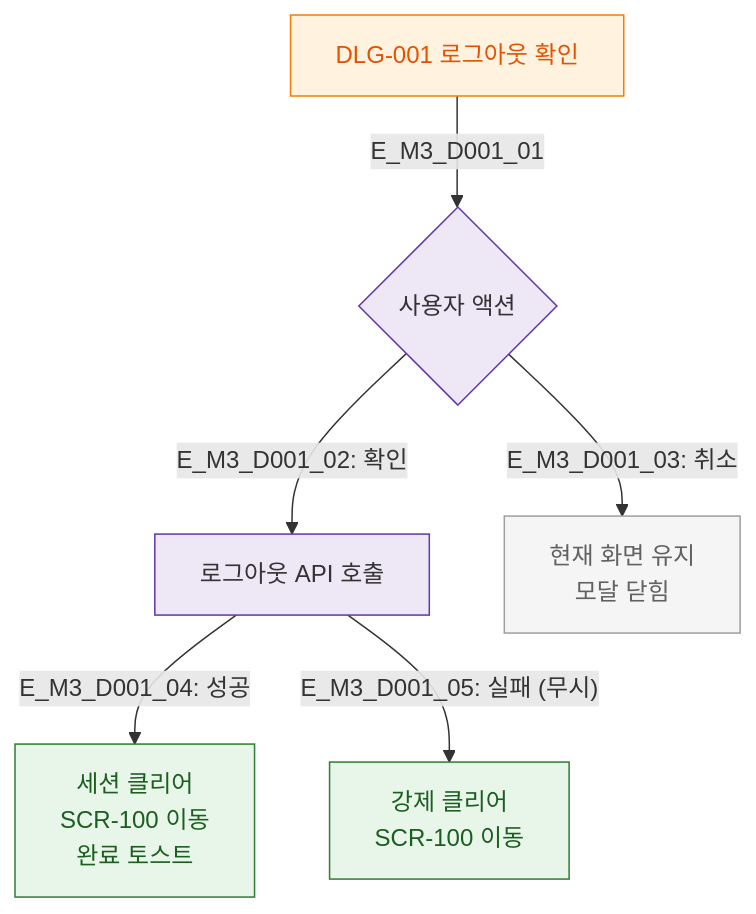
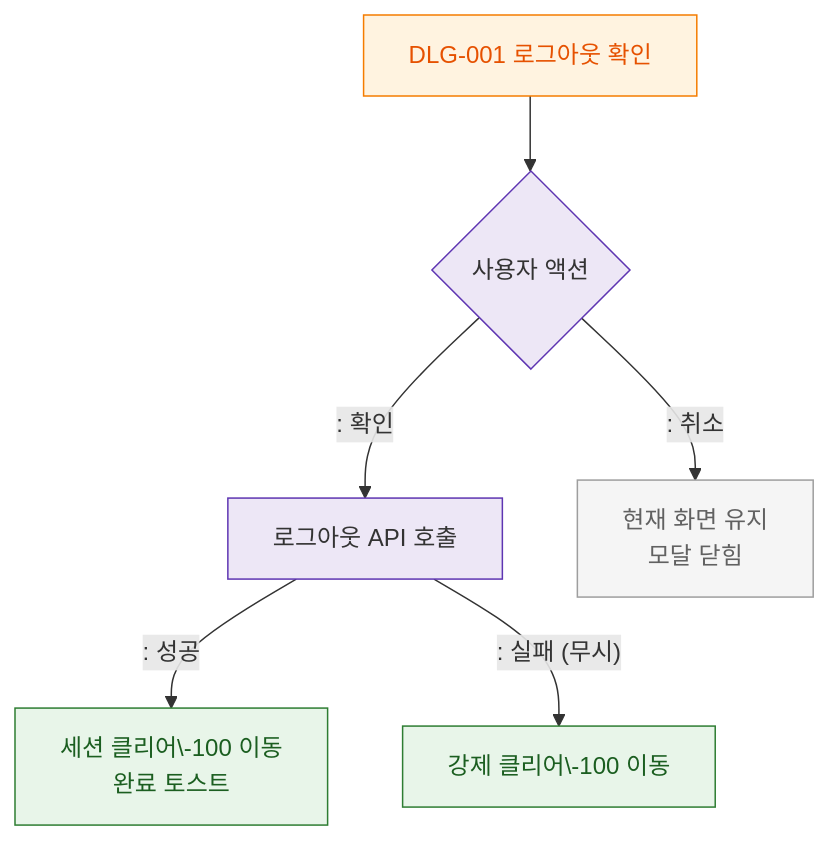
One commit to dev-spogym/admin-pando changed the diagram in docs/다이어그램/D01_공통/DLG/DLG-001_로그아웃확인/M3_결과분기.md. Above: the diagram before and after it, drawn with Mermaid. The commit also changed other lines of this file and 1660 other files, not shown here.

First line of the commit message:
다이어그램: 기획자/클라이언트 납품본으로 정리

````diff
--- a/docs/다이어그램/D01_공통/DLG/DLG-001_로그아웃확인/M3_결과분기.md
+++ b/docs/다이어그램/D01_공통/DLG/DLG-001_로그아웃확인/M3_결과분기.md
@@ -19,20 +17,20 @@
 ```mermaid
 flowchart TD
-    DLG_001[DLG-001 로그아웃 확인] -->|E_M3_D001_01| ACTION{사용자 액션}
+    DLG_001[DLG-001 로그아웃 확인] --> ACTION{사용자 액션}
 
-    ACTION -->|"E_M3_D001_02: 확인"| LOGOUT_API[로그아웃 API 호출]
-    ACTION -->|"E_M3_D001_03: 취소"| RESULT_CANCEL[현재 화면 유지\n모달 닫힘]
+    ACTION -->|": 확인"|LOGOUT_API[로그아웃 API 호출]
+    ACTION -->|": 취소"|RESULT_CANCEL[현재 화면 유지\n모달 닫힘]
 
-    LOGOUT_API -->|"E_M3_D001_04: 성공"| RESULT_OK[세션 클리어\nSCR-100 이동\n완료 토스트]
-    LOGOUT_API -->|"E_M3_D001_05: 실패 (무시)"| RESULT_FORCE[강제 클리어\nSCR-100 이동]
+    LOGOUT_API -->|": 성공"|RESULT_OK[세션 클리어\-100 이동\n완료 토스트]
+    LOGOUT_API -->|": 실패 (무시)"|RESULT_FORCE[강제 클리어\-100 이동]
 
-    classDef screen  fill:#E3F2FD,stroke:#1976D2,color:#0D47A1
-    classDef modal   fill:#FFF3E0,stroke:#F57C00,color:#E65100
-    classDef system  fill:#EDE7F6,stroke:#5E35B2
+    classDef screen fill:#E3F2FD,stroke:#1976D2,color:#0D47A1
+    classDef modal fill:#FFF3E0,stroke:#F57C00,color:#E65100
+    classDef system fill:#EDE7F6,stroke:#5E35B2
     classDef success fill:#E8F5E9,stroke:#2E7D32,color:#1B5E20
     classDef rbacBlocked fill:#F5F5F5,stroke:#9E9E9E,color:#616161
     class DLG_001 modal
     class ACTION,LOGOUT_API system
     class RESULT_OK,RESULT_FORCE success
     class RESULT_CANCEL rbacBlocked
 ```
````
